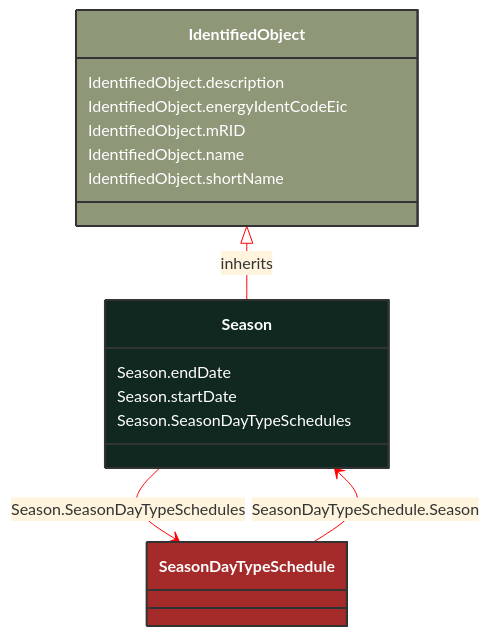
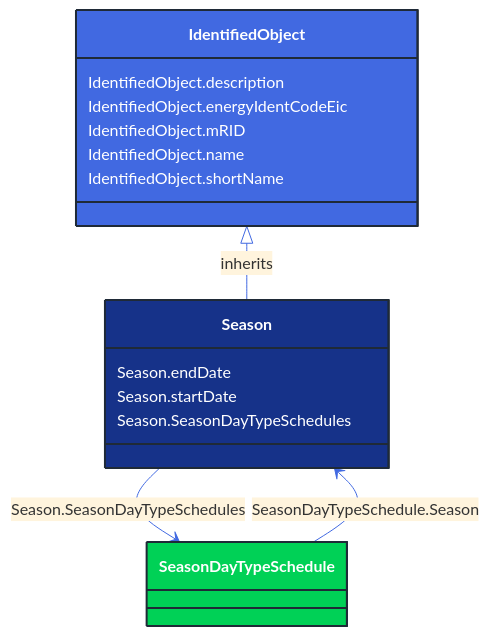
One commit to 3lbits/NoCIMExtensions changed the diagram in docs/Models/Profiles/CoreEquipment/ConcreteClasses/Season.md. Above: the diagram before and after it, drawn with Mermaid. The commit also changed 362 other files, not shown here.

First line of the commit message:
Update diagrams and styles for improved visual consistency

````diff
--- a/docs/Models/Profiles/CoreEquipment/ConcreteClasses/Season.md
+++ b/docs/Models/Profiles/CoreEquipment/ConcreteClasses/Season.md
@@ -8,33 +8,33 @@
 ```mermaid
-%%{init: {'theme':'base','themeVariables': {'lineColor': '#FF0000'}}}%%
+%%{init: {'theme':'base','themeVariables': {'lineColor': '#4169E1'}}}%%
 classDiagram
     class Season
     click Season href "/Models/Profiles/CoreEquipment/ConcreteClasses/Season/"
-    style Season fill:#102820,stroke:#333,stroke-width:2px,rx:10,ry:10,color:white
+    style Season fill:#163289,stroke:#1F2A37,stroke-width:2px,rx:10,ry:10,color:white
      
         IdentifiedObject <|-- Season : inherits
             click IdentifiedObject href "/Models/Profiles/CoreEquipment/AbstractClasses/IdentifiedObject/"
-            style IdentifiedObject fill:#8F9779,stroke:#333,stroke-width:2px,rx:10,ry:10,color:white
+            style IdentifiedObject fill:#4169E1,stroke:#1F2A37,stroke-width:2px,rx:10,ry:10,color:white
 
         Season --> SeasonDayTypeSchedule : Season.SeasonDayTypeSchedules
 
         SeasonDayTypeSchedule
             click SeasonDayTypeSchedule href "/Models/Profiles/CoreEquipment/AbstractClasses/SeasonDayTypeSchedule/"
-            style SeasonDayTypeSchedule fill:#A52A2A,stroke:#333,stroke-width:2px,rx:10,ry:10,color:white
+            style SeasonDayTypeSchedule fill:#00D156,stroke:#1F2A37,stroke-width:2px,rx:10,ry:10,color:white
 
         SeasonDayTypeSchedule --> Season : SeasonDayTypeSchedule.Season
 
         SeasonDayTypeSchedule
             click SeasonDayTypeSchedule href "/Models/Profiles/CoreEquipment/AbstractClasses/SeasonDayTypeSchedule/"
-            style SeasonDayTypeSchedule fill:#A52A2A,stroke:#333,stroke-width:2px,rx:10,ry:10,color:white
+            style SeasonDayTypeSchedule fill:#00D156,stroke:#1F2A37,stroke-width:2px,rx:10,ry:10,color:white
 
 
         Season : Season.endDate
         Season : Season.startDate
         Season : Season.SeasonDayTypeSchedules
         IdentifiedObject : IdentifiedObject.description
         IdentifiedObject : IdentifiedObject.energyIdentCodeEic
         IdentifiedObject : IdentifiedObject.mRID
         IdentifiedObject : IdentifiedObject.name
         IdentifiedObject : IdentifiedObject.shortName
 ```
````
